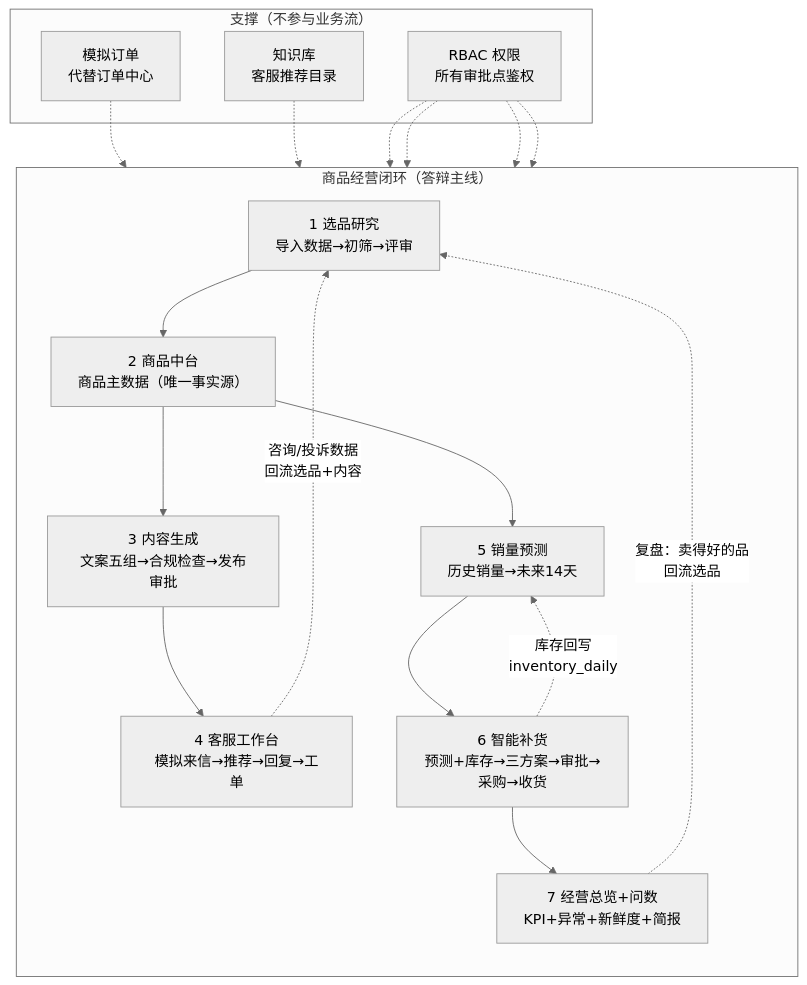
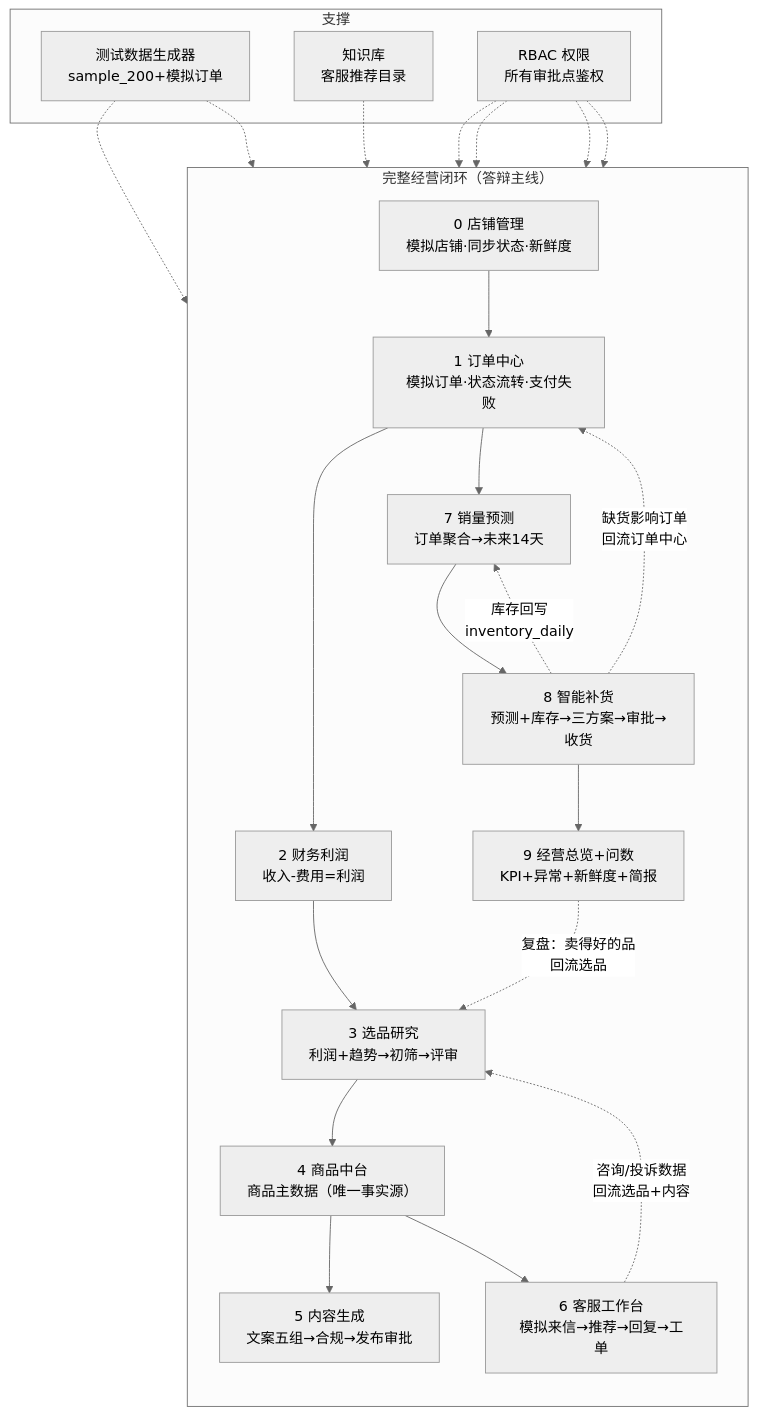
One commit to li2934026194/ai changed the first of 7 diagrams in docs/prototypes/closed-loop-flow.md. Above: the diagram before and after it, drawn with Mermaid (neutral theme). The commit also changed other lines of this file, not shown here.

````diff
--- a/docs/prototypes/closed-loop-flow.md
+++ b/docs/prototypes/closed-loop-flow.md
@@ -75,26 +80,31 @@
 ```mermaid
 flowchart TB
-    subgraph LOOP["商品经营闭环（答辩主线）"]
+    subgraph LOOP["完整经营闭环（答辩主线）"]
         direction TB
-        S1["1 选品研究<br/>导入数据→初筛→评审"] --> S2["2 商品中台<br/>商品主数据（唯一事实源）"]
-        S2 --> S3["3 内容生成<br/>文案五组→合规检查→发布审批"]
-        S3 --> S4["4 客服工作台<br/>模拟来信→推荐→回复→工单"]
-        S2 --> S5["5 销量预测<br/>历史销量→未来14天"]
-        S5 --> S6["6 智能补货<br/>预测+库存→三方案→审批→采购→收货"]
-        S6 --> S7["7 经营总览+问数<br/>KPI+异常+新鲜度+简报"]
-        S7 -.->|"复盘：卖得好的品<br/>回流选品"| S1
-        S4 -.->|"咨询/投诉数据<br/>回流选品+内容"| S1
-        S6 -.->|"库存回写<br/>inventory_daily"| S5
+        S0["0 店铺管理<br/>模拟店铺·同步状态·新鲜度"] --> S1["1 订单中心<br/>模拟订单·状态流转·支付失败"]
+        S1 --> S2["2 财务利润<br/>收入-费用=利润"]
+        S2 --> S3["3 选品研究<br/>利润+趋势→初筛→评审"]
+        S3 --> S4["4 商品中台<br/>商品主数据（唯一事实源）"]
+        S4 --> S5["5 内容生成<br/>文案五组→合规→发布审批"]
+        S4 --> S6["6 客服工作台<br/>模拟来信→推荐→回复→工单"]
+        S1 --> S7["7 销量预测<br/>订单聚合→未来14天"]
+        S7 --> S8["8 智能补货<br/>预测+库存→三方案→审批→收货"]
+        S8 --> S9["9 经营总览+问数<br/>KPI+异常+新鲜度+简报"]
+        S9 -.->|"复盘：卖得好的品<br/>回流选品"| S3
+        S6 -.->|"咨询/投诉数据<br/>回流选品+内容"| S3
+        S8 -.->|"库存回写<br/>inventory_daily"| S7
+        S8 -.->|"缺货影响订单<br/>回流订单中心"| S1
     end
-    subgraph SUPPORT["支撑（不参与业务流）"]
+    subgraph SUPPORT["支撑"]
         R1["RBAC 权限<br/>所有审批点鉴权"]
         R2["知识库<br/>客服推荐目录"]
-        R3["模拟订单<br/>代替订单中心"]
+        R3["测试数据生成器<br/>sample_200+模拟订单"]
     end
-    R3 -.-> S5
-    R2 -.-> S4
-    R1 -.-> S1
+    R3 -.-> S0
+    R3 -.-> S1
+    R2 -.-> S6
     R1 -.-> S3
-    R1 -.-> S4
+    R1 -.-> S5
     R1 -.-> S6
+    R1 -.-> S8
 ```
````
